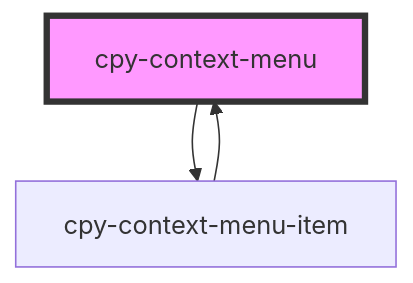
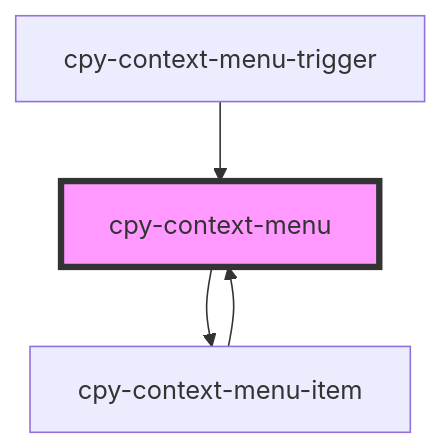
Before and after one commit to Lith1um/Canopy-Stencil: the diagram in stencil-lib/src/components/context-menu/readme.md, drawn with Mermaid. The commit also changed other lines of this file and 10 other files, not shown here.

````diff
--- a/stencil-lib/src/components/context-menu/readme.md
+++ b/stencil-lib/src/components/context-menu/readme.md
@@ -26,6 +40,7 @@
 ```mermaid
 graph TD;
   cpy-context-menu --> cpy-context-menu-item
   cpy-context-menu-item --> cpy-context-menu
+  cpy-context-menu-trigger --> cpy-context-menu
   style cpy-context-menu fill:#f9f,stroke:#333,stroke-width:4px
 ```
````
